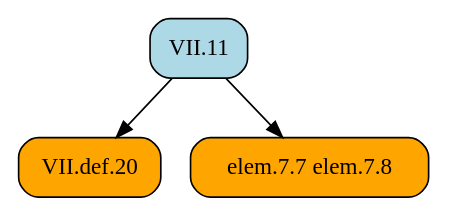
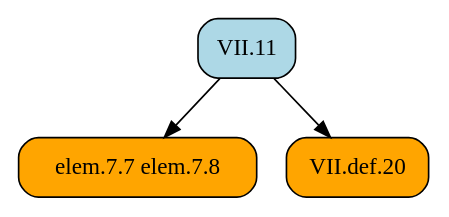
Before and after one commit to geometor/elements: the diagram in docsrc/heath/VII/11/index.rst, drawn with Graphviz. The commit also changed other lines of this file and 1029 other files, not shown here.

```diff
--- a/docsrc/heath/VII/11/index.rst
+++ b/docsrc/heath/VII/11/index.rst
@@ -30,11 +30,11 @@
 .. graphviz::
 
    digraph {
      rankdir="TB";
      node [shape=box, style=rounded];
-     "VII.def.20" [style="rounded,filled", fillcolor=orange, URL="/heath/VII/def.20/", target="_top"];
      "elem.7.7 elem.7.8" [style="rounded,filled", fillcolor=orange];
      "VII.11" [style="rounded,filled", fillcolor=lightblue, URL="/heath/VII/11/", target="_top"];
+     "VII.def.20" [style="rounded,filled", fillcolor=orange, URL="/heath/VII/def.20/", target="_top"];
+     "VII.11" -> "elem.7.7 elem.7.8";
      "VII.11" -> "VII.def.20";
-     "VII.11" -> "elem.7.7 elem.7.8";
    }
```
